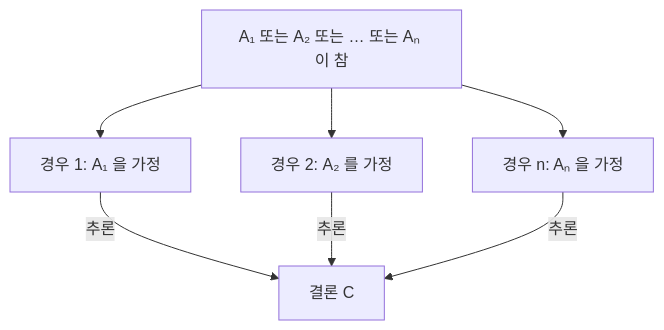
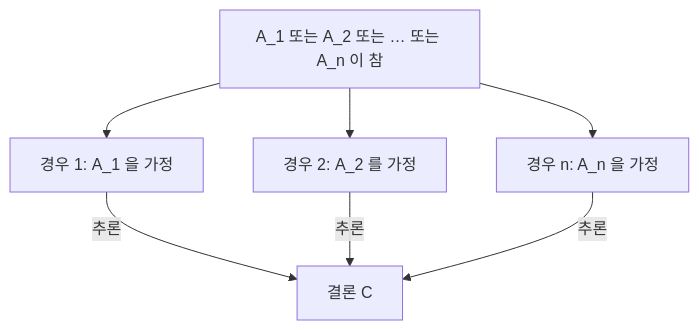
The second of 5 diagrams in Lecture-Notes/Ch04_Elementary-Number-Theory-and-Methods-of-Proof/Concepts_Lecture.ko.md (Choroning/25Fall_Discrete-Mathematics), drawn with Mermaid before and after one commit. The commit also changed other lines of this file and 37 other files, not shown here.

````diff
--- a/Lecture-Notes/Ch04_Elementary-Number-Theory-and-Methods-of-Proof/Concepts_Lecture.ko.md
+++ b/Lecture-Notes/Ch04_Elementary-Number-Theory-and-Methods-of-Proof/Concepts_Lecture.ko.md
@@ -824,9 +832,9 @@
 ```mermaid
 flowchart TD
-    H["A₁ 또는 A₂ 또는 … 또는 Aₙ 이 참"] --> C1["경우 1: A₁ 을 가정"]
-    H --> C2["경우 2: A₂ 를 가정"]
-    H --> CN["경우 n: Aₙ 을 가정"]
+    H["A_1 또는 A_2 또는 … 또는 A_n 이 참"] --> C1["경우 1: A_1 을 가정"]
+    H --> C2["경우 2: A_2 를 가정"]
+    H --> CN["경우 n: A_n 을 가정"]
     C1 -->|"추론"| C["결론 C"]
     C2 -->|"추론"| C
     CN -->|"추론"| C
 ```
````
